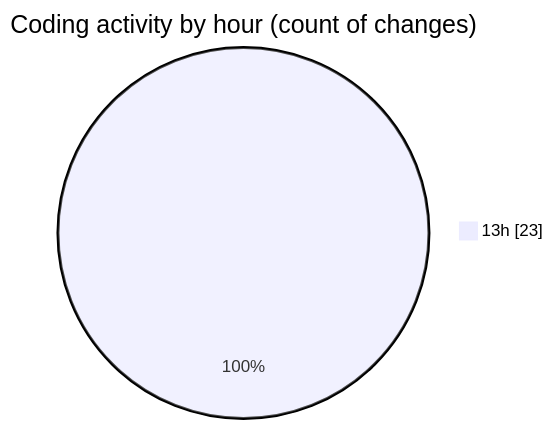
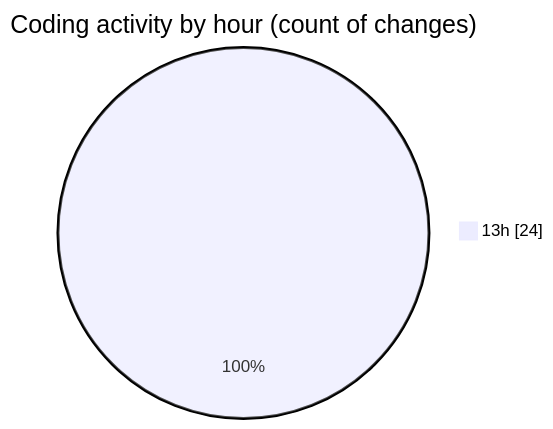
The second of 2 diagrams in 2026-04-11/scripting_workshop/README.md (Unknowalive/code-tracking), drawn with Mermaid before and after one commit. The commit also changed other lines of this file and 1 other file, not shown here.

````diff
--- a/2026-04-11/scripting_workshop/README.md
+++ b/2026-04-11/scripting_workshop/README.md
@@ -46,5 +47,5 @@
 ```mermaid
 pie showData
 title Coding activity by hour (count of changes)
-"13h" : 23
+"13h" : 24
 ```
````
